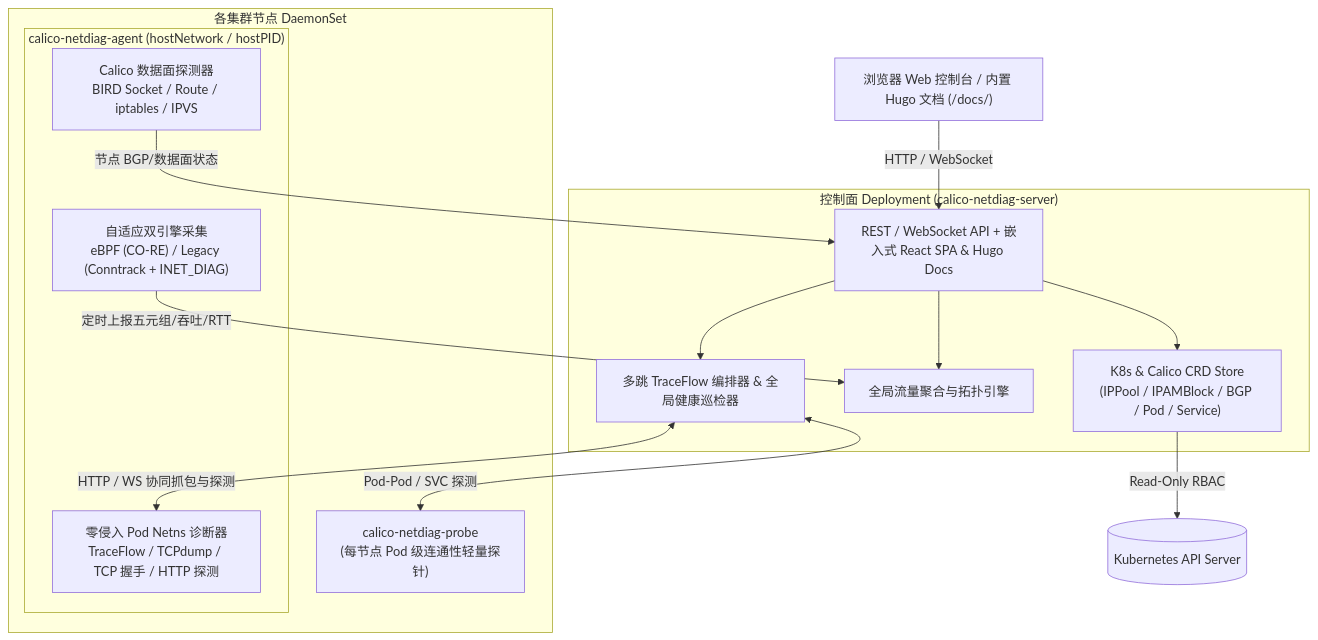
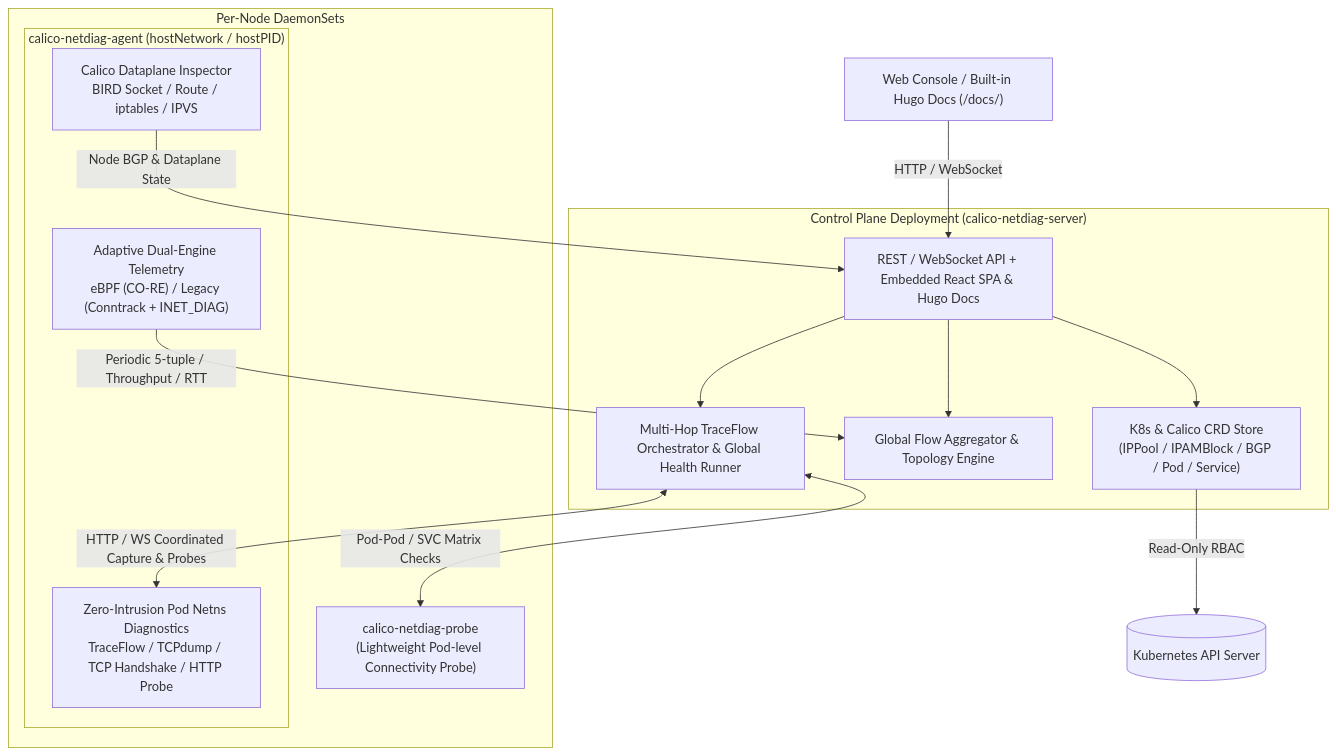
The diagram in README.md (sdnmw/calico-plumber), drawn with Mermaid before and after one commit. The commit also changed other lines of this file and 1 other file, not shown here.

````diff
--- a/README.md
+++ b/README.md
@@ -46,30 +50,30 @@
 ```mermaid
 flowchart TB
-    User["浏览器 Web 控制台 / 内置 Hugo 文档 (/docs/)"]
+    User["Web Console / Built-in Hugo Docs (/docs/)"]
 
-    subgraph CP["控制面 Deployment (calico-netdiag-server)"]
-        API["REST / WebSocket API + 嵌入式 React SPA & Hugo Docs"]
+    subgraph CP["Control Plane Deployment (calico-netdiag-server)"]
+        API["REST / WebSocket API + Embedded React SPA & Hugo Docs"]
         Store["K8s & Calico CRD Store\n(IPPool / IPAMBlock / BGP / Pod / Service)"]
-        FlowAgg["全局流量聚合与拓扑引擎"]
-        Orch["多跳 TraceFlow 编排器 & 全局健康巡检器"]
+        FlowAgg["Global Flow Aggregator & Topology Engine"]
+        Orch["Multi-Hop TraceFlow Orchestrator & Global Health Runner"]
     end
 
-    subgraph Node["各集群节点 DaemonSet"]
+    subgraph Node["Per-Node DaemonSets"]
         subgraph Agent["calico-netdiag-agent (hostNetwork / hostPID)"]
-            Engine["自适应双引擎采集\neBPF (CO-RE) / Legacy (Conntrack + INET_DIAG)"]
-            Netns["零侵入 Pod Netns 诊断器\nTraceFlow / TCPdump / TCP 握手 / HTTP 探测"]
-            DP["Calico 数据面探测器\nBIRD Socket / Route / iptables / IPVS"]
+            Engine["Adaptive Dual-Engine Telemetry\neBPF (CO-RE) / Legacy (Conntrack + INET_DIAG)"]
+            Netns["Zero-Intrusion Pod Netns Diagnostics\nTraceFlow / TCPdump / TCP Handshake / HTTP Probe"]
+            DP["Calico Dataplane Inspector\nBIRD Socket / Route / iptables / IPVS"]
         end
-        Probe["calico-netdiag-probe\n(每节点 Pod 级连通性轻量探针)"]
+        Probe["calico-netdiag-probe\n(Lightweight Pod-level Connectivity Probe)"]
     end
 
     User -->|HTTP / WebSocket| API
     API --> Store
     API --> FlowAgg
     API --> Orch
     Store -->|Read-Only RBAC| K8sAPI[("Kubernetes API Server")]
-    Engine -->|定时上报五元组/吞吐/RTT| FlowAgg
-    Orch <-->|HTTP / WS 协同抓包与探测| Netns
-    Orch <-->|Pod-Pod / SVC 探测| Probe
-    DP -->|节点 BGP/数据面状态| API
+    Engine -->|Periodic 5-tuple / Throughput / RTT| FlowAgg
+    Orch <-->|HTTP / WS Coordinated Capture & Probes| Netns
+    Orch <-->|Pod-Pod / SVC Matrix Checks| Probe
+    DP -->|Node BGP & Dataplane State| API
 ```
````
